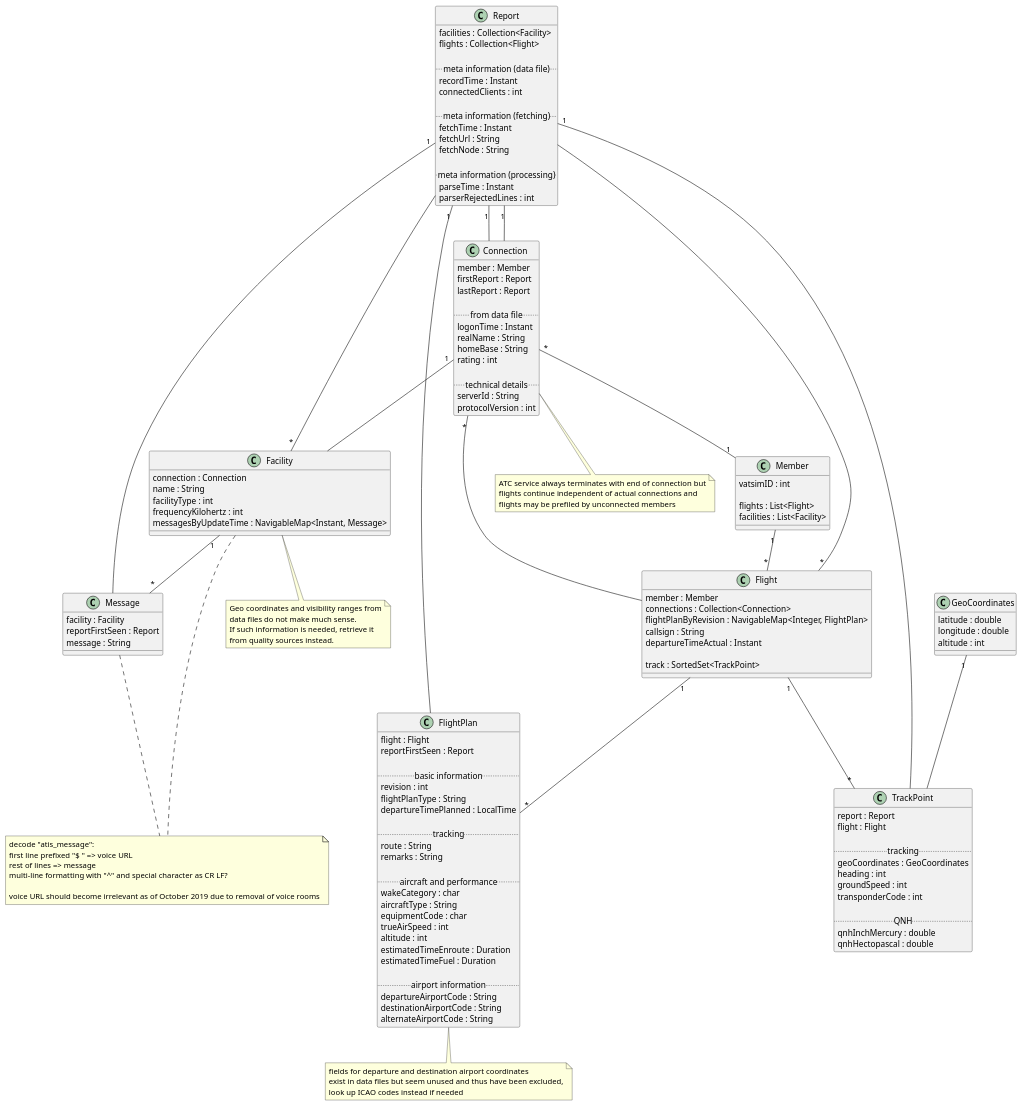
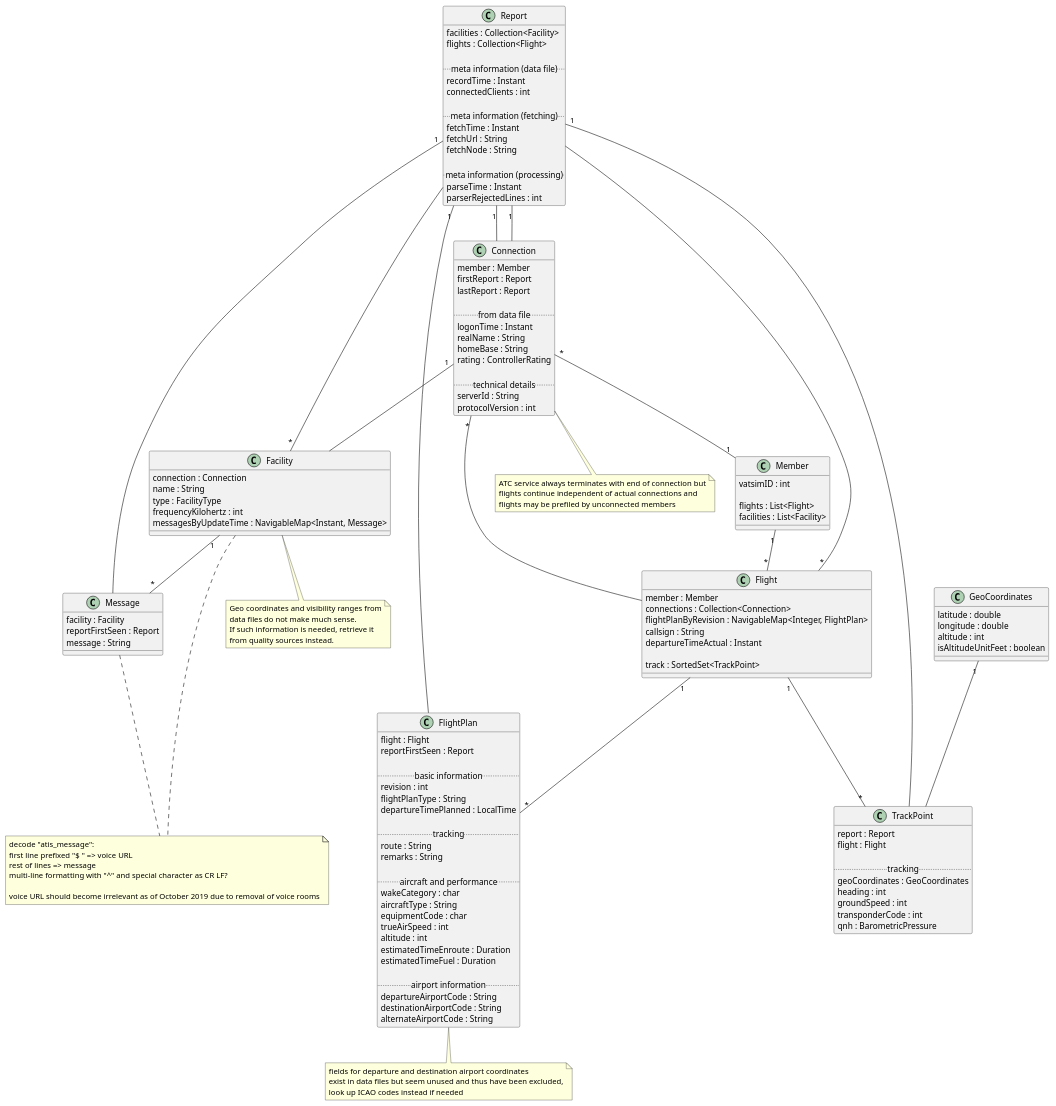
One commit to vatplanner/dataformats-vatsim-public changed the diagram in docs/clients.plantuml. Above: the diagram before and after it, drawn with PlantUML. The commit also changed 21 other files, not shown here.

First line of the commit message:
added entities for graph import (under construction)

```diff
--- a/docs/clients.plantuml
+++ b/docs/clients.plantuml
@@ -1,182 +1,180 @@
 @startuml
 
 Connection "*" -- Flight
 Connection "1" -- Facility
 Connection "*" -- "1" Member
 
 Member "1" -- "*" Flight
 
 Flight "1" -- "*" FlightPlan
 Flight "1" -- "*" TrackPoint
 
 Facility "1" -- "*" Message
 
 GeoCoordinates "1" -- TrackPoint
 
 Report -- "*" Facility
 Report -- "*" Flight
 Report "1" -- FlightPlan
 Report "1" -- TrackPoint
 Report "1" -- Message
 Report "1" -- Connection
 Report "1" -- Connection
 
 class Member {
       vatsimID : int
       
       flights : List<Flight>
       facilities : List<Facility>
 }
 
 class Connection {
       member : Member
       firstReport : Report
       lastReport : Report
 
       .. from data file ..
       logonTime : Instant
       realName : String
       homeBase : String
-      rating : int
+      rating : ControllerRating
 
       .. technical details ..
       serverId : String
       protocolVersion : int
 }
 
 note as Note_connections
      ATC service always terminates with end of connection but
      flights continue independent of actual connections and
      flights may be prefiled by unconnected members
 end note
 
 Connection .. Note_connections
 
 note as Note_atis_message
      decode "atis_message":
      first line prefixed "$ " => voice URL
      rest of lines => message
      multi-line formatting with "^" and special character as CR LF?
      
      voice URL should become irrelevant as of October 2019 due to removal of voice rooms
 end note
 
 Facility .. Note_atis_message
 Message .. Note_atis_message
 
 class Facility {
       connection : Connection
       name : String
-      facilityType : int
+      type : FacilityType
       frequencyKilohertz : int
       messagesByUpdateTime : NavigableMap<Instant, Message>
 }
 
 note as Note_facility
      Geo coordinates and visibility ranges from
      data files do not make much sense.
      If such information is needed, retrieve it
      from quality sources instead.
 end note
 
 Facility .. Note_facility
 
 class Message {
       facility : Facility
       reportFirstSeen : Report
       message : String
 }
 
 class Flight {
       member : Member
       connections : Collection<Connection>
       flightPlanByRevision : NavigableMap<Integer, FlightPlan>
       callsign : String
       departureTimeActual : Instant
 
       track : SortedSet<TrackPoint>
 }
 
 class GeoCoordinates {
       latitude : double
       longitude : double
-      altitude : int          
+      altitude : int
+      isAltitudeUnitFeet : boolean
 }
 
 class TrackPoint {
       report : Report
       flight : Flight
       
       .. tracking ..
       geoCoordinates : GeoCoordinates
       heading : int
       groundSpeed : int
       transponderCode : int
-
-      .. QNH ..
-      qnhInchMercury : double
-      qnhHectopascal : double
+      qnh : BarometricPressure
 }
 
 class FlightPlan {
       flight : Flight
       reportFirstSeen : Report
 
       .. basic information ..
       revision : int
       flightPlanType : String
       departureTimePlanned : LocalTime
 
       .. tracking ..
       route : String
       remarks : String
       
       .. aircraft and performance ..
       wakeCategory : char
       aircraftType : String
       equipmentCode : char
       trueAirSpeed : int
       altitude : int
       estimatedTimeEnroute : Duration
       estimatedTimeFuel : Duration
 
       .. airport information ..
       departureAirportCode : String
       destinationAirportCode : String
       alternateAirportCode : String
 }
 
 note as Note_flightplan
      fields for departure and destination airport coordinates
      exist in data files but seem unused and thus have been excluded,
      look up ICAO codes instead if needed
 end note
 
 FlightPlan .. Note_flightplan
 
 class Report {
       facilities : Collection<Facility>
       flights : Collection<Flight>
 
       .. meta information (data file) ..
       recordTime : Instant
       connectedClients : int
 
       .. meta information (fetching) ..
       fetchTime : Instant
       fetchUrl : String
       fetchNode : String
 
       .. meta information (processing) ..
       parseTime : Instant
       parserRejectedLines : int
 }
 
 /'
 skinparam Arrow {
           Color #white
           FontColor #white
 }
 '/
 
 @enduml
```
